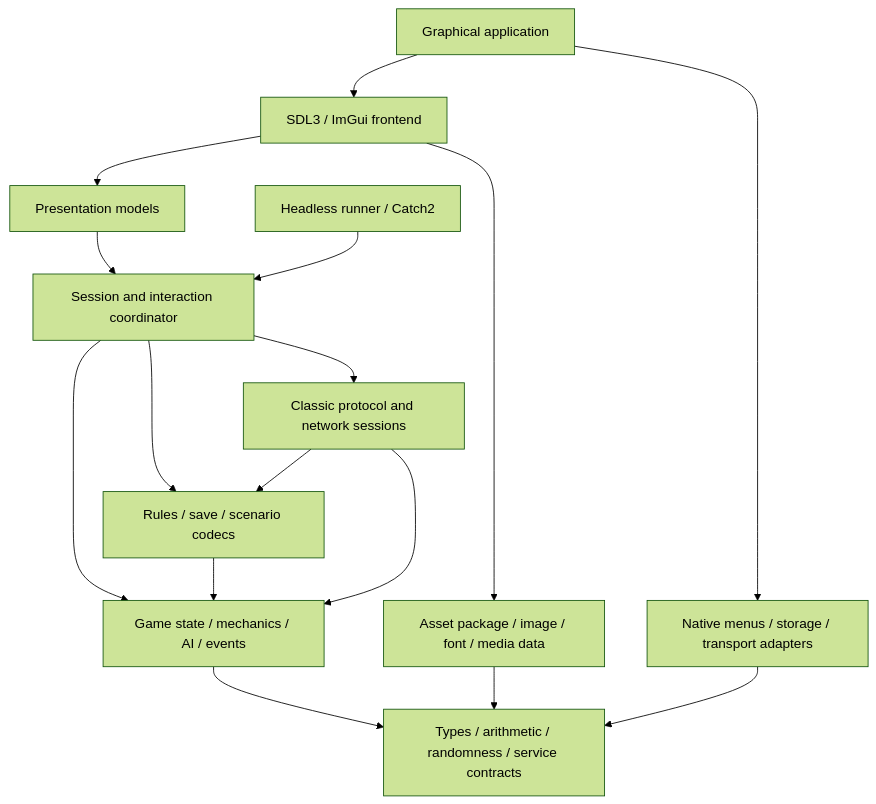
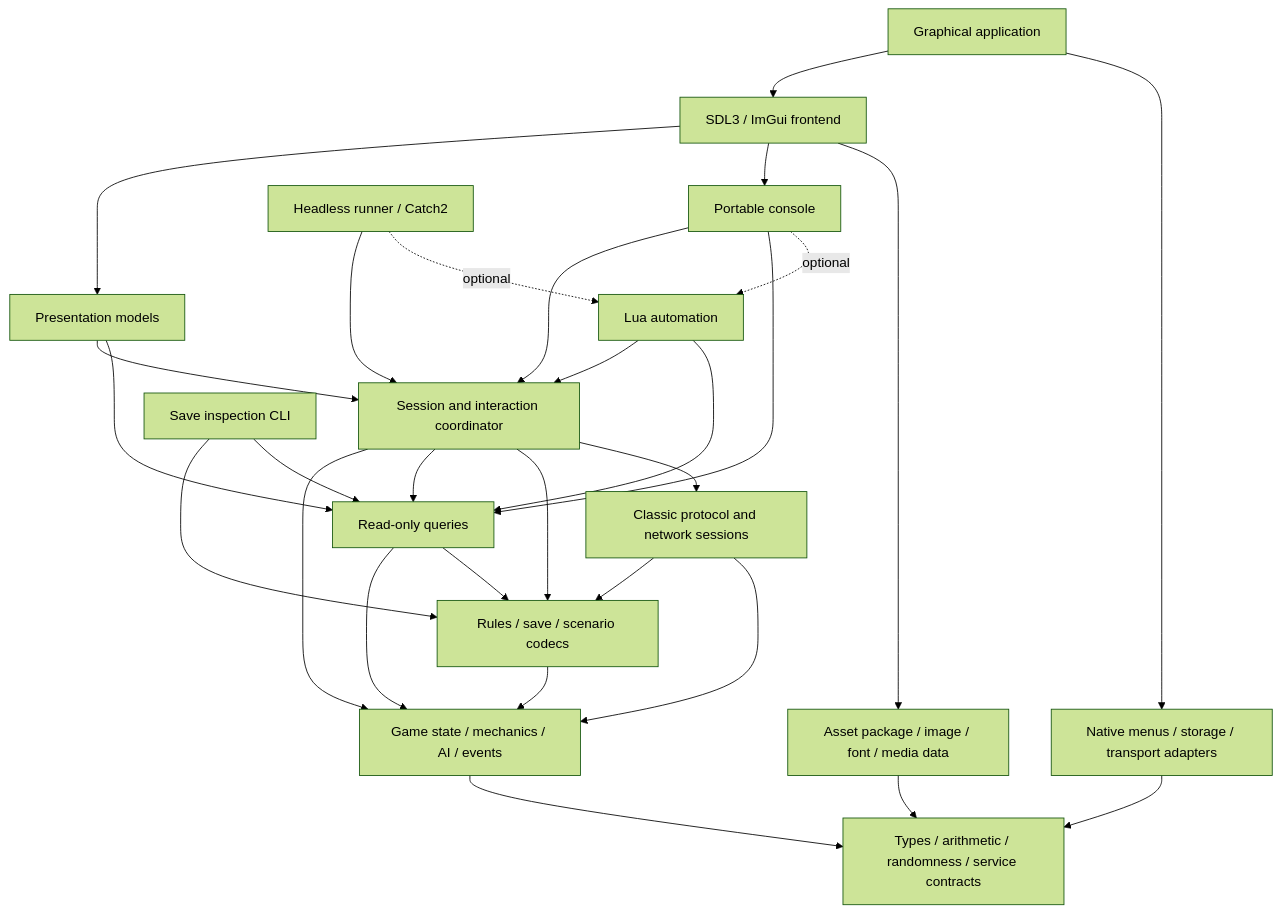
Before and after one commit to PeterJohnson/openciv2-cleanroom: the diagram in docs/architecture.md, drawn with Mermaid (forest theme). The commit also changed other lines of this file and 2 other files, not shown here.

Commit message:
Plan save inspection, command console, and Lua automation

````diff
--- a/docs/architecture.md
+++ b/docs/architecture.md
@@ -66,18 +68,31 @@
 ```mermaid
 flowchart TD
     app[Graphical application] --> frontend[SDL3 / ImGui frontend]
     app --> platform[Native menus / storage / transport adapters]
     frontend --> views[Presentation models]
     views --> session[Session and interaction coordinator]
+    views --> query[Read-only queries]
+    frontend --> console[Portable console]
+    console --> session
+    console --> query
+    console -. optional .-> automation[Lua automation]
+    automation --> session
+    automation --> query
+    cli[Save inspection CLI] --> formats[Rules / save / scenario codecs]
+    cli --> query
     runner[Headless runner / Catch2] --> session
+    runner -. optional .-> automation
     session --> game[Game state / mechanics / AI / events]
-    session --> formats[Rules / save / scenario codecs]
+    session --> query
+    session --> formats
     session --> network[Classic protocol and network sessions]
     network --> formats
     network --> game
     formats --> game
+    query --> game
+    query --> formats
     frontend --> content[Asset package / image / font / media data]
     content --> base[Types / arithmetic / randomness / service contracts]
     game --> base
     platform --> base
 ```
````
